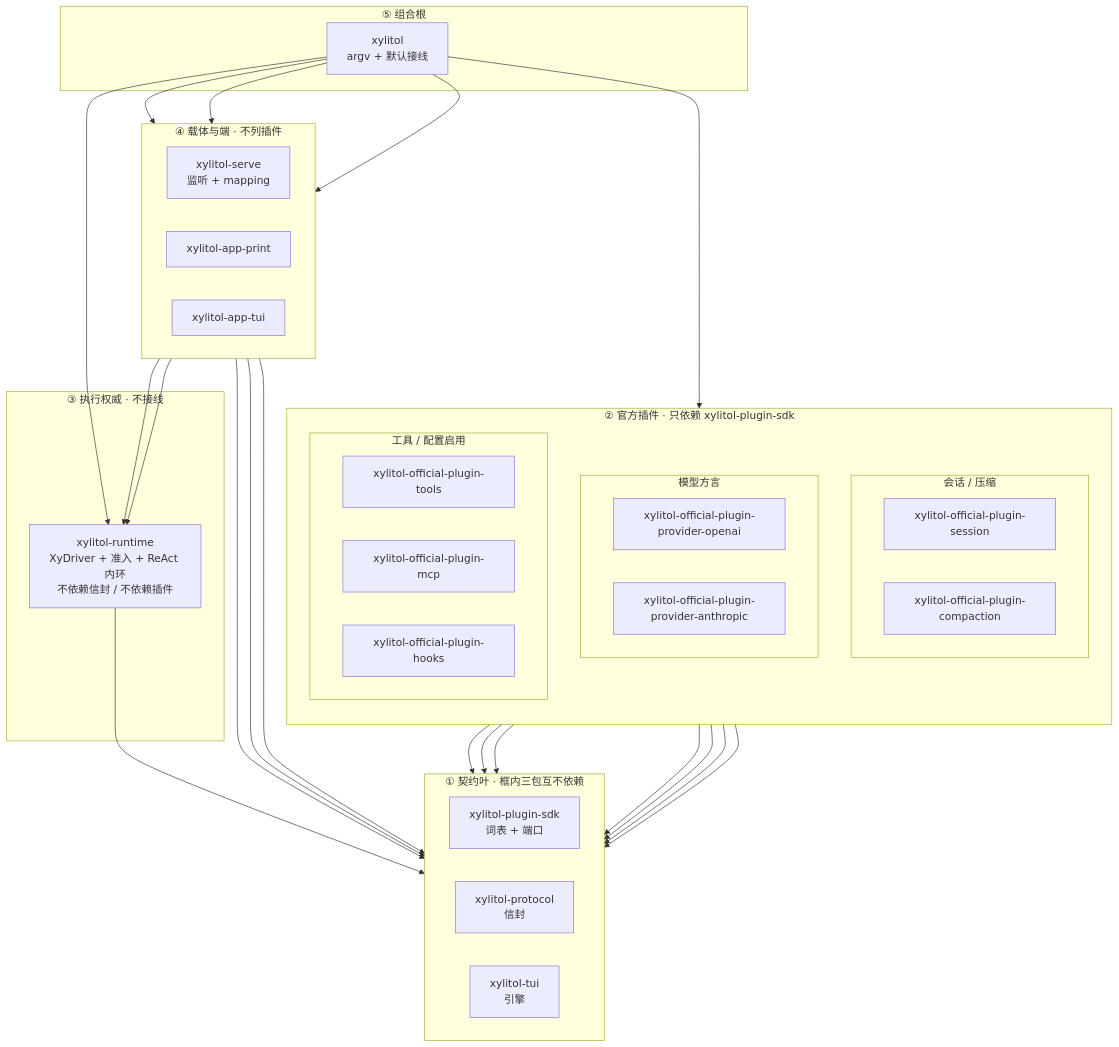
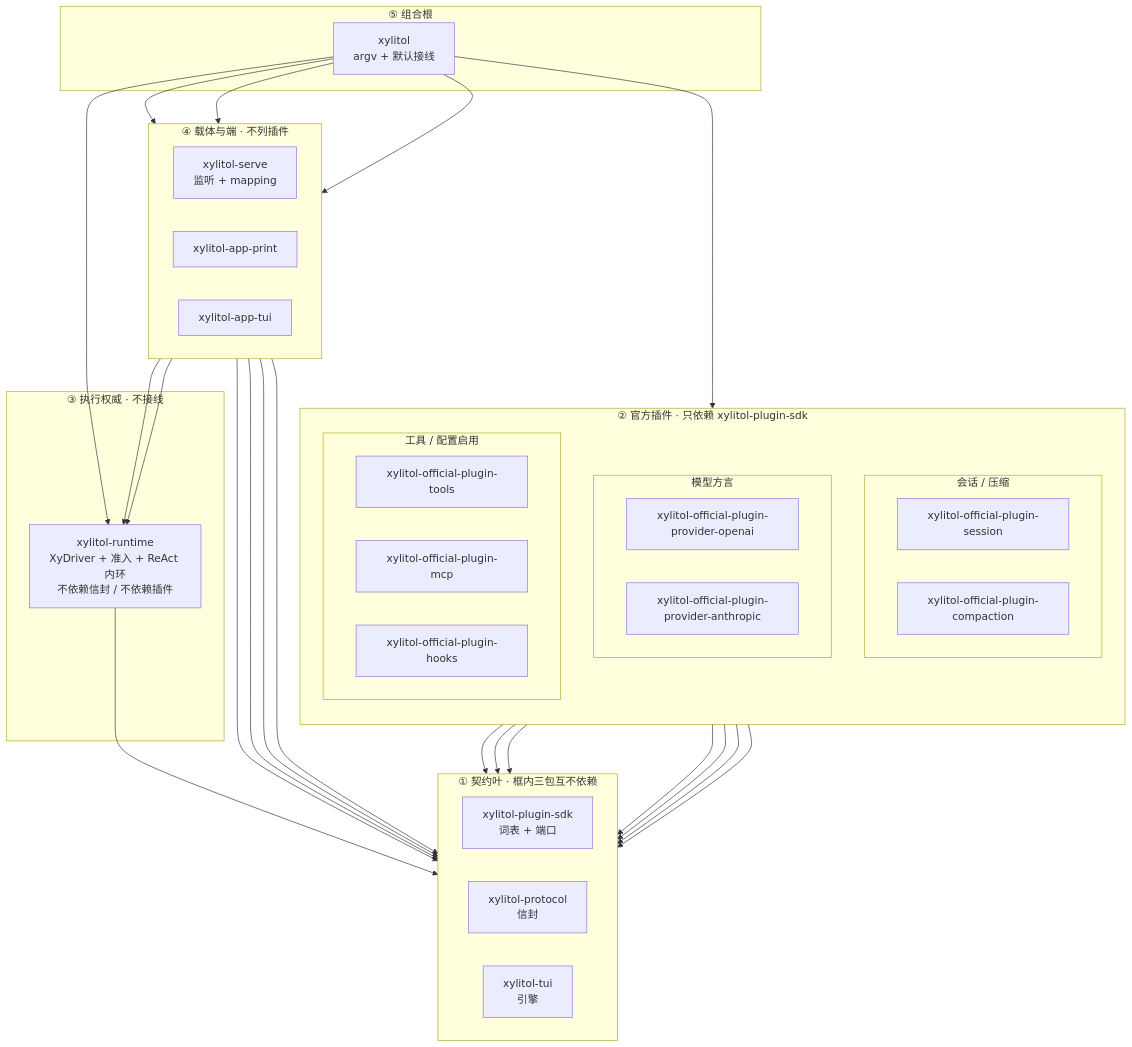
Before and after one commit to StrayDragon/xylitol: the diagram in _TODO.md, drawn with Mermaid. The commit also changed other lines of this file, not shown here.

````diff
--- a/_TODO.md
+++ b/_TODO.md
@@ -214,66 +206,67 @@
 ```mermaid
 flowchart TB
   subgraph contracts["① 契约叶 · 框内三包互不依赖"]
     direction LR
     xylitol_plugin_sdk["xylitol-plugin-sdk<br/>词表 + 端口"]
     xylitol_protocol["xylitol-protocol<br/>信封"]
     xylitol_tui["xylitol-tui<br/>引擎"]
   end
 
   subgraph plugins["② 官方插件 · 只依赖 xylitol-plugin-sdk"]
     direction TB
     subgraph plugins_loop["会话 / 压缩"]
       direction LR
       xylitol_official_plugin_session["xylitol-official-plugin-session"]
       xylitol_official_plugin_compaction["xylitol-official-plugin-compaction"]
     end
     subgraph plugins_model["模型方言"]
       direction LR
       xylitol_official_plugin_provider_openai["xylitol-official-plugin-provider-openai"]
       xylitol_official_plugin_provider_anthropic["xylitol-official-plugin-provider-anthropic"]
     end
     subgraph plugins_ext["工具 / 配置启用"]
       direction LR
       xylitol_official_plugin_tools["xylitol-official-plugin-tools"]
       xylitol_official_plugin_mcp["xylitol-official-plugin-mcp"]
       xylitol_official_plugin_hooks["xylitol-official-plugin-hooks"]
     end
   end
 
   subgraph kernel["③ 执行权威 · 不接线"]
     xylitol_runtime["xylitol-runtime<br/>XyDriver + 准入 + ReAct 内环<br/>不依赖信封 / 不依赖插件"]
   end
 
   subgraph surfaces["④ 载体与端 · 不列插件"]
     direction LR
     xylitol_serve["xylitol-serve<br/>监听 + mapping"]
     xylitol_app_print["xylitol-app-print"]
     xylitol_app_tui["xylitol-app-tui"]
   end
 
   subgraph root["⑤ 组合根"]
     xylitol["xylitol<br/>argv + 默认接线"]
   end
 
   xylitol_official_plugin_session --> xylitol_plugin_sdk
   xylitol_official_plugin_compaction --> xylitol_plugin_sdk
   xylitol_official_plugin_provider_openai --> xylitol_plugin_sdk
   xylitol_official_plugin_provider_anthropic --> xylitol_plugin_sdk
   xylitol_official_plugin_tools --> xylitol_plugin_sdk
   xylitol_official_plugin_mcp --> xylitol_plugin_sdk
   xylitol_official_plugin_hooks --> xylitol_plugin_sdk
 
   xylitol_runtime --> xylitol_plugin_sdk
 
   xylitol_serve --> xylitol_runtime
   xylitol_serve --> xylitol_protocol
   xylitol_app_print --> xylitol_runtime
   xylitol_app_tui --> xylitol_protocol
   xylitol_app_tui --> xylitol_tui
+  xylitol_app_tui --> xylitol_plugin_sdk
 
   xylitol --> plugins
   xylitol --> xylitol_runtime
   xylitol --> xylitol_serve
   xylitol --> xylitol_app_print
   xylitol --> xylitol_app_tui
 ```
````
